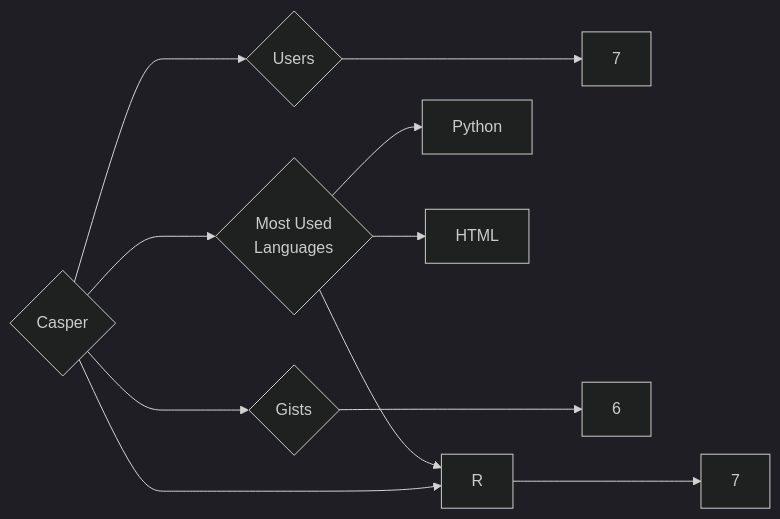
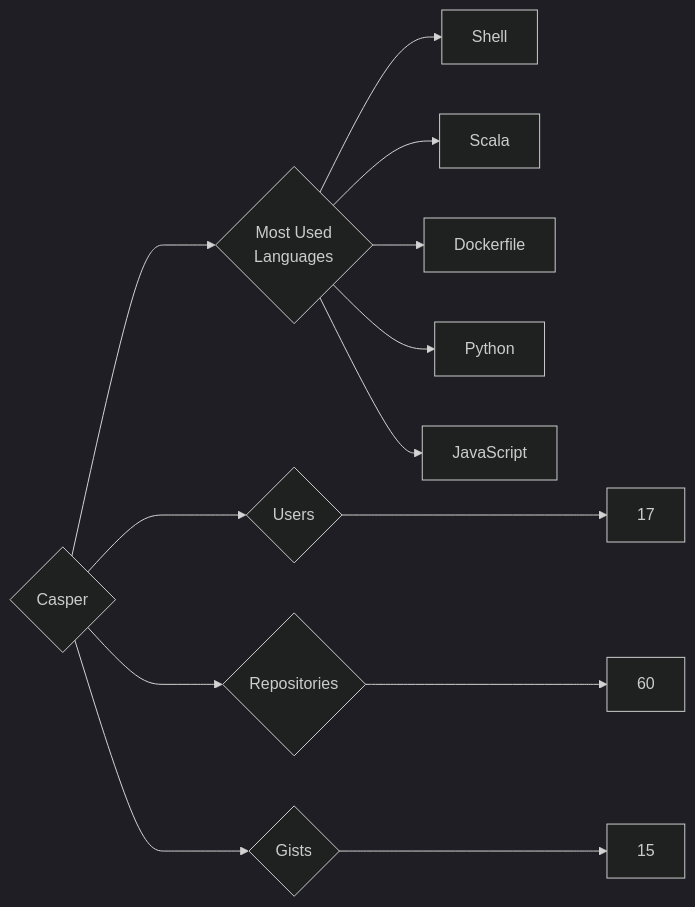
One commit to trickest/insiders changed the diagram in targets/Casper/README.md. Above: the diagram before and after it, drawn with Mermaid (dark theme). The commit also changed 895 other files, not shown here.

````diff
--- a/targets/Casper/README.md
+++ b/targets/Casper/README.md
@@ -3,11 +3,13 @@
 ```mermaid
 graph LR
 COMPANY_NAME{Casper}
-COMPANY_NAME ---> U{Users} ---> UN[7]
-COMPANY_NAME ---> R{Repositories} ---> RN[7]
-COMPANY_NAME ---> G{Gists} ---> GN[6]
+COMPANY_NAME ---> U{Users} ---> UN[17]
+COMPANY_NAME ---> R{Repositories} ---> RN[60]
+COMPANY_NAME ---> G{Gists} ---> GN[15]
 COMPANY_NAME ---> ML{Most Used<br>Languages}
+ML --> Shell[Shell]
+ML --> Scala[Scala]
+ML --> Dockerfile[Dockerfile]
 ML --> Python[Python]
-ML --> R[R]
-ML --> HTML[HTML]
+ML --> JavaScript[JavaScript]
 ```
````
